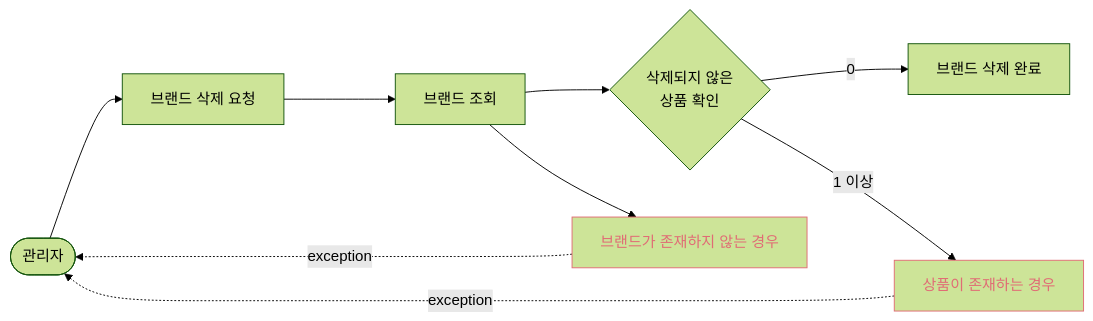
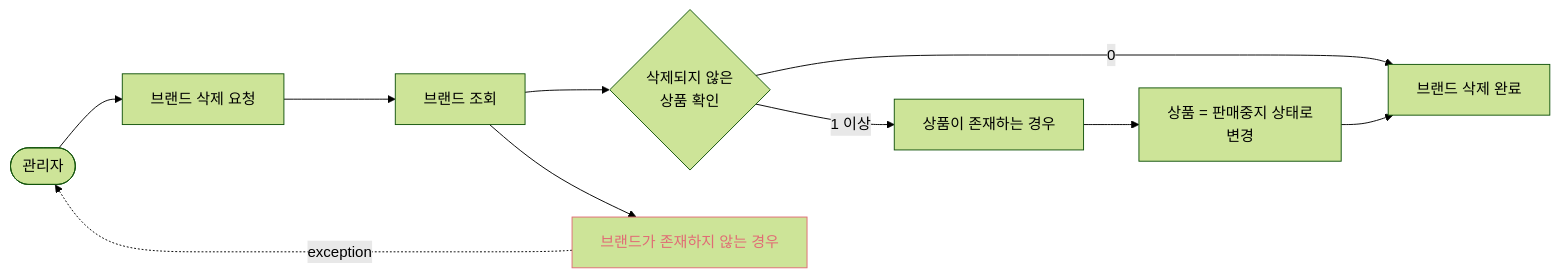
The sixth of 22 diagrams in docs/week2/usecase.md (asqwklop12/loop-pack-be-l2-vol5-kotlin), drawn with Mermaid (forest theme) before and after one commit. The commit also changed other lines of this file and 21 other files, not shown here.

````diff
--- a/docs/week2/usecase.md
+++ b/docs/week2/usecase.md
@@ -133,15 +133,16 @@
 ```mermaid
 flowchart LR
     관리자([관리자]) --> A[브랜드 삭제 요청]
     A --> B[브랜드 조회]
     B --> C{삭제되지 않은<br/>상품 확인}
     C -->|0| D[브랜드 삭제 완료]
+    C -->|1 이상| C1[상품이 존재하는 경우]
+    C1 --> C2["상품 = 판매중지 상태로<br/>변경"]
+    C2 --> D
 
     B --> B1[브랜드가 존재하지 않는 경우]
-    C -->|1 이상| C1[상품이 존재하는 경우]
     B1 -.->|exception| 관리자
-    C1 -.->|exception| 관리자
 
     classDef fail stroke:#e06c75,color:#e06c75
-    class B1,C1 fail
+    class B1 fail
 ```
````
